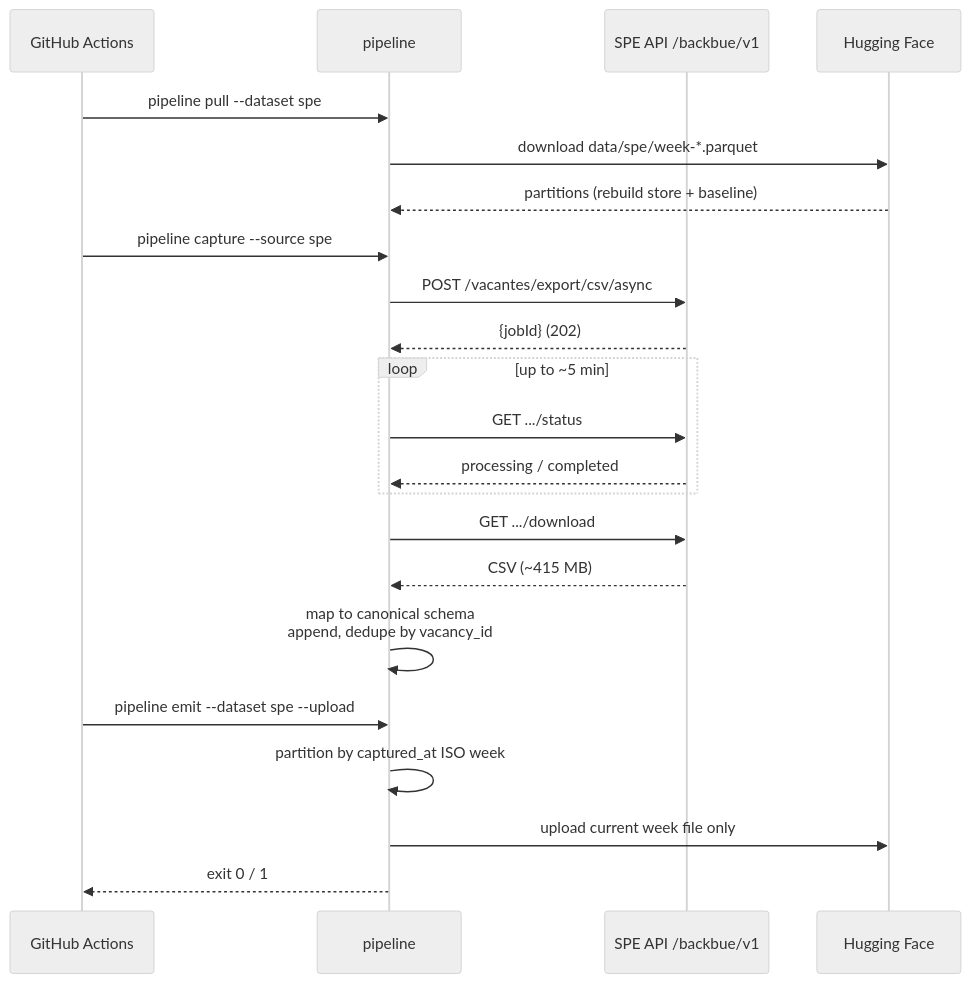
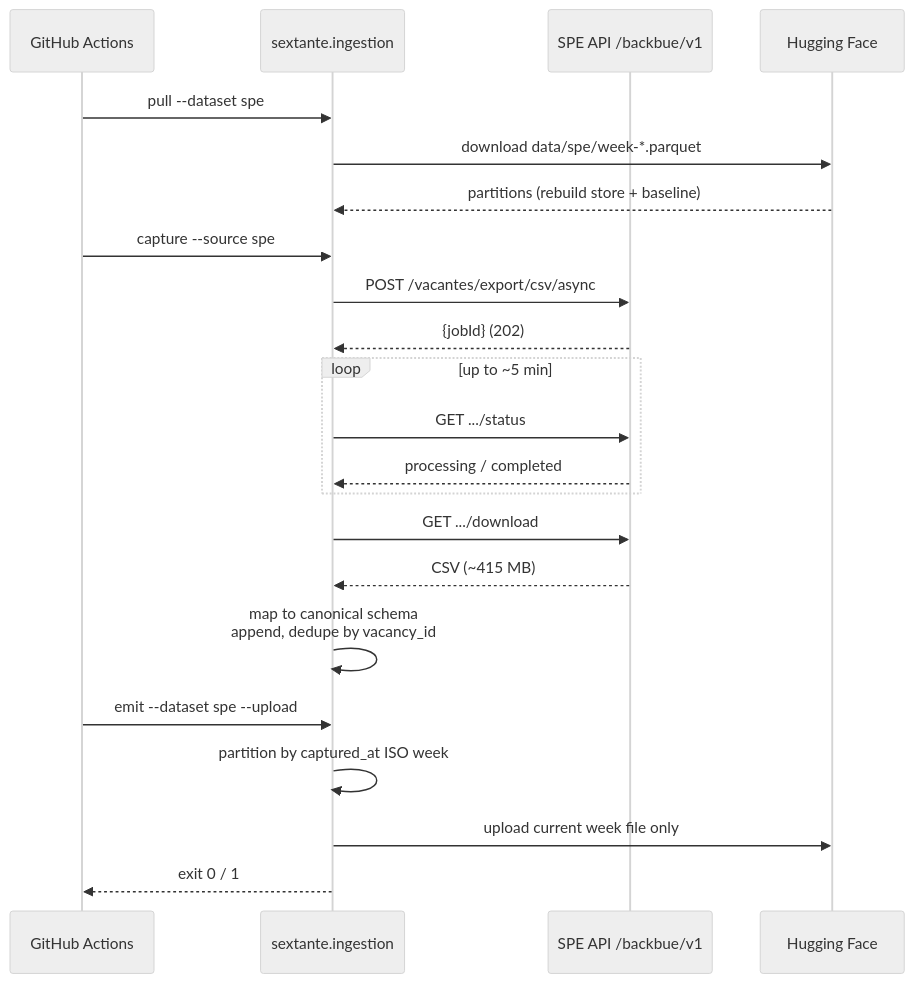
The eighth of 8 diagrams in docs/architecture.md (shalom-A26/SEXTANTE), drawn with Mermaid (neutral theme) before and after one commit. The commit also changed other lines of this file and 13 other files, not shown here.

````diff
--- a/docs/architecture.md
+++ b/docs/architecture.md
@@ -370,27 +360,27 @@
 ```mermaid
 sequenceDiagram
     participant cron as GitHub Actions
-    participant p as pipeline
+    participant p as sextante.ingestion
     participant spe as SPE API /backbue/v1
     participant hf as Hugging Face
 
-    cron->>p: pipeline pull --dataset spe
+    cron->>p: pull --dataset spe
     p->>hf: download data/spe/week-*.parquet
     hf-->>p: partitions (rebuild store + baseline)
 
-    cron->>p: pipeline capture --source spe
+    cron->>p: capture --source spe
     p->>spe: POST /vacantes/export/csv/async
     spe-->>p: {jobId} (202)
     loop up to ~5 min
         p->>spe: GET .../status
         spe-->>p: processing / completed
     end
     p->>spe: GET .../download
     spe-->>p: CSV (~415 MB)
     p->>p: map to canonical schema<br/>append, dedupe by vacancy_id
 
-    cron->>p: pipeline emit --dataset spe --upload
+    cron->>p: emit --dataset spe --upload
     p->>p: partition by captured_at ISO week
     p->>hf: upload current week file only
     p-->>cron: exit 0 / 1
 ```
````
